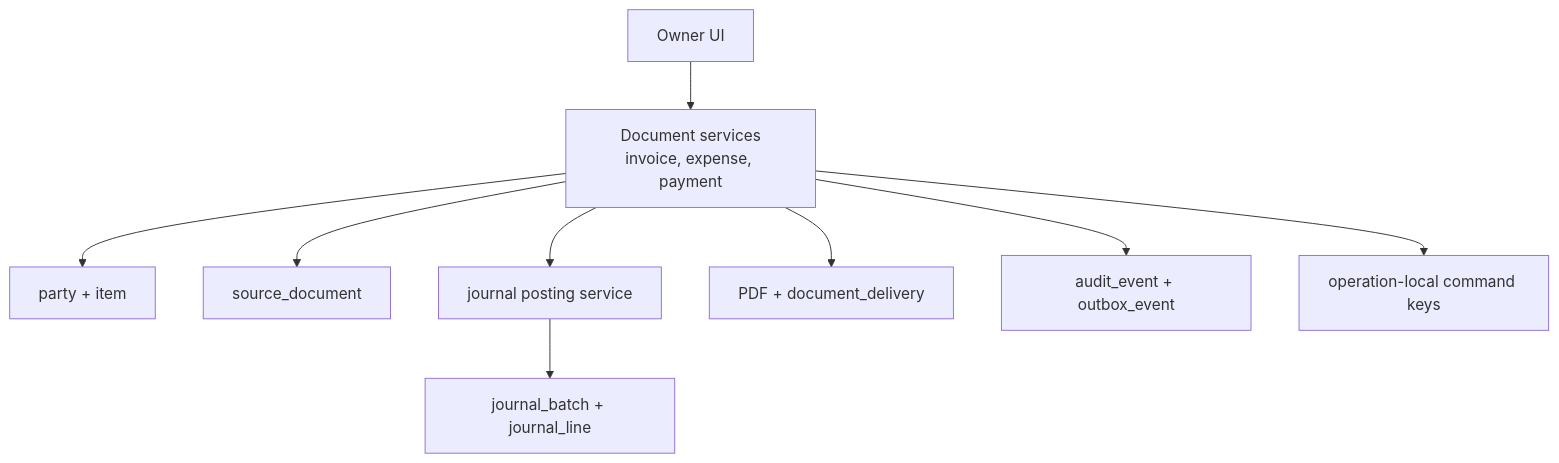
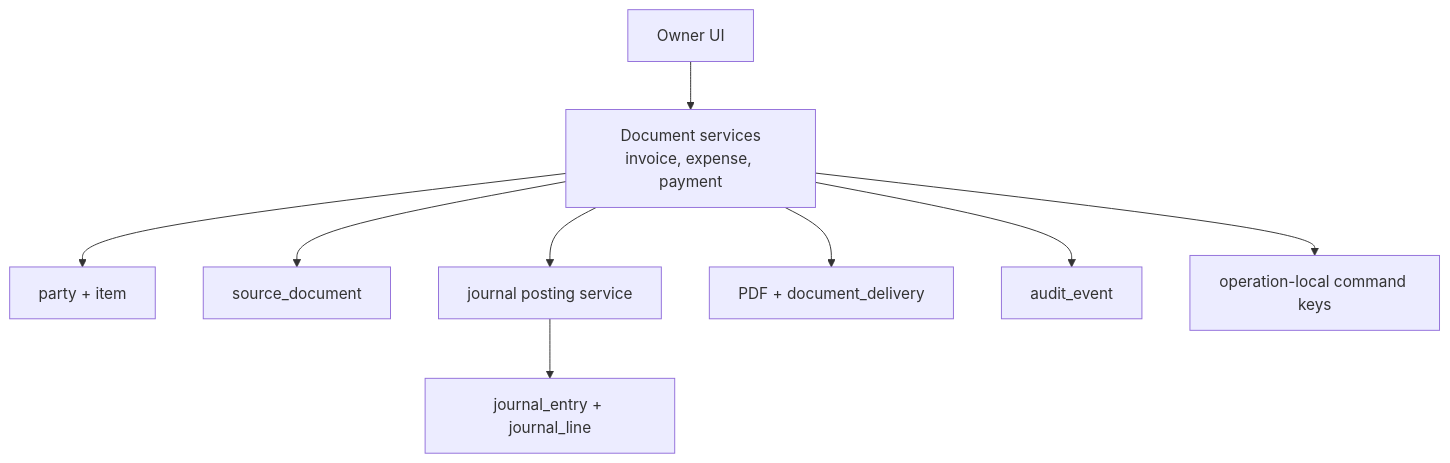
Before and after one commit to isherbuilds/edernal-books: the first of 2 diagrams in docs/superpowers/plans/2026-06-16-phase-02-owner-workflow-mvp-detailed-plan.md, drawn with Mermaid. The commit also changed other lines of this file and 110 other files, not shown here.

````diff
--- a/docs/superpowers/plans/2026-06-16-phase-02-owner-workflow-mvp-detailed-plan.md
+++ b/docs/superpowers/plans/2026-06-16-phase-02-owner-workflow-mvp-detailed-plan.md
@@ -15,11 +15,11 @@
 ```mermaid
 flowchart TD
   Owner["Owner UI"] --> Docs["Document services<br/>invoice, expense, payment"]
   Docs --> Parties["party + item"]
   Docs --> Source["source_document"]
   Docs --> Ledger["journal posting service"]
-  Ledger --> Batch["journal_batch + journal_line"]
+  Ledger --> Batch["journal_entry + journal_line"]
   Docs --> Delivery["PDF + document_delivery"]
-  Docs --> Events["audit_event + outbox_event"]
+  Docs --> Events["audit_event"]
   Docs --> Idem["operation-local command keys"]
 ```
````
